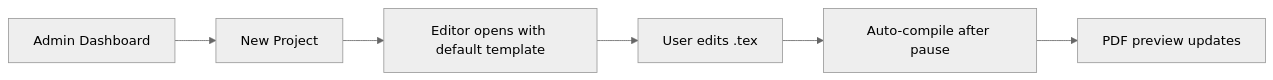
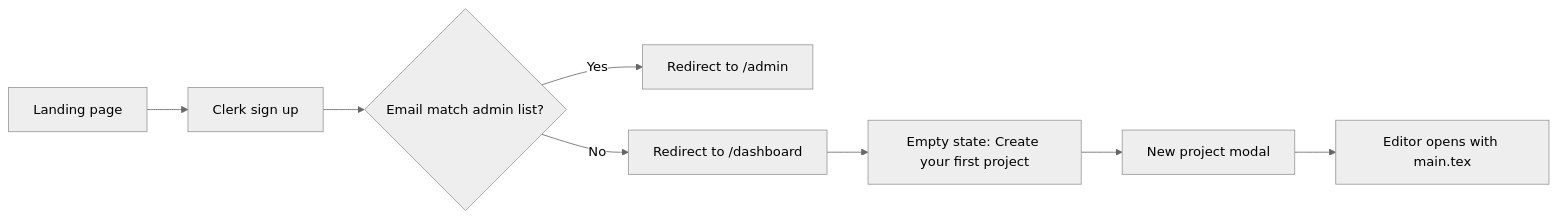
One commit to Siddhantshukla1657/Texly changed the first of 4 diagrams in docs/design.md. Above: the diagram before and after it, drawn with Mermaid (neutral theme). The commit also changed other lines of this file and 20 other files, not shown here.

````diff
--- a/docs/design.md
+++ b/docs/design.md
@@ -16,8 +29,10 @@
 ```mermaid
 flowchart LR
-    A[Admin Dashboard] --> B[New Project]
-    B --> C[Editor opens with default template]
-    C --> D[User edits .tex]
-    D --> E[Auto-compile after pause]
-    E --> F[PDF preview updates]
+    A[Landing page] --> B[Clerk sign up]
+    B --> C{Email match admin list?}
+    C -->|Yes| D[Redirect to /admin]
+    C -->|No| E[Redirect to /dashboard]
+    E --> F[Empty state: Create your first project]
+    F --> G[New project modal]
+    G --> H[Editor opens with main.tex]
 ```
````
